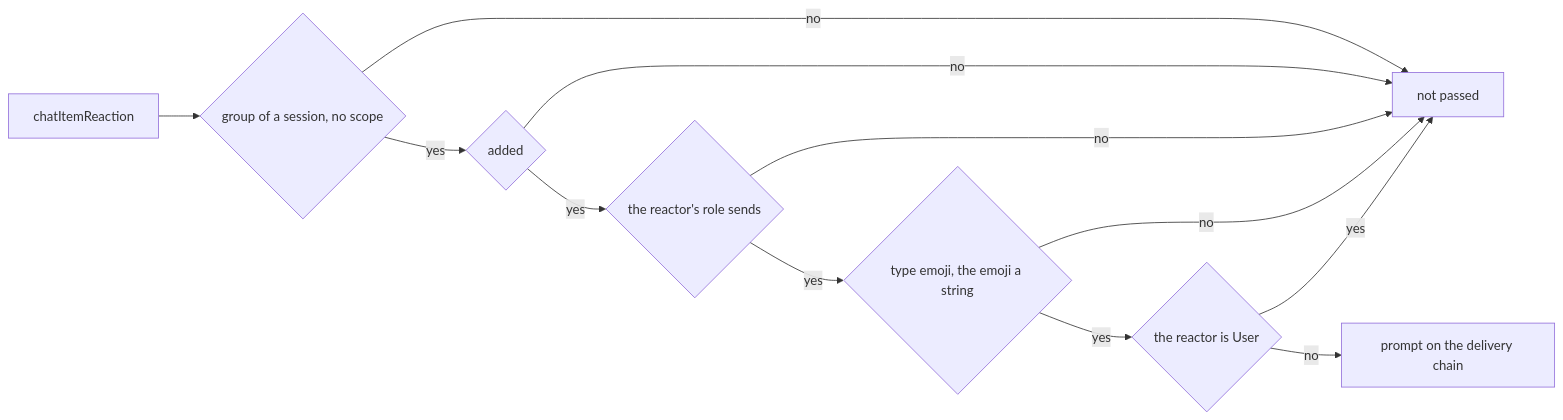
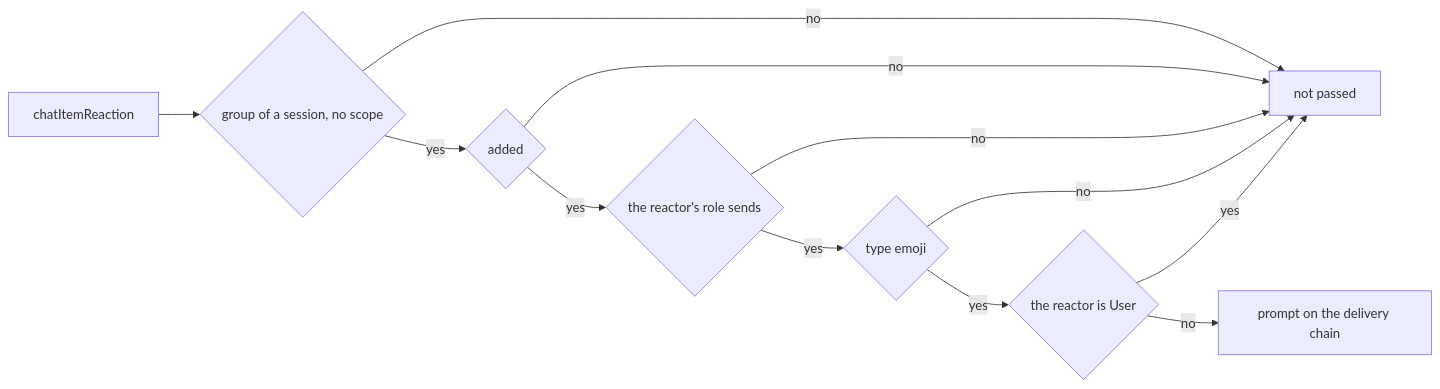
One commit to simplex-chat/simplex-chat changed the third of 4 diagrams in plans/2026-11-12-mcp-reactions.md. Above: the diagram before and after it, drawn with Mermaid. The commit also changed other lines of this file and 10 other files, not shown here.

````diff
--- a/plans/2026-11-12-mcp-reactions.md
+++ b/plans/2026-11-12-mcp-reactions.md
@@ -278,14 +280,14 @@
 ```mermaid
 flowchart LR
   E[chatItemReaction] --> G{group of a session, no scope}
   G -- no --> X[not passed]
   G -- yes --> A{added}
   A -- no --> X
   A -- yes --> R{the reactor's role sends}
   R -- no --> X
-  R -- yes --> M{type emoji, the emoji a string}
+  R -- yes --> M{type emoji}
   M -- no --> X
   M -- yes --> U{the reactor is User}
   U -- yes --> X
   U -- no --> P[prompt on the delivery chain]
 ```
````
